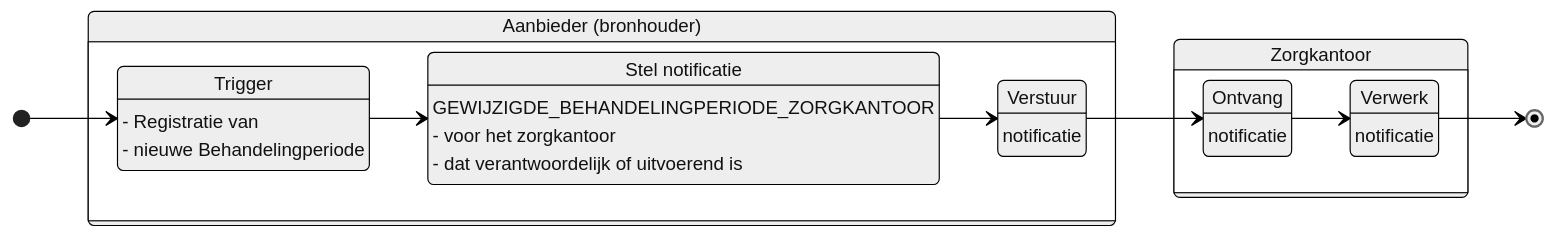
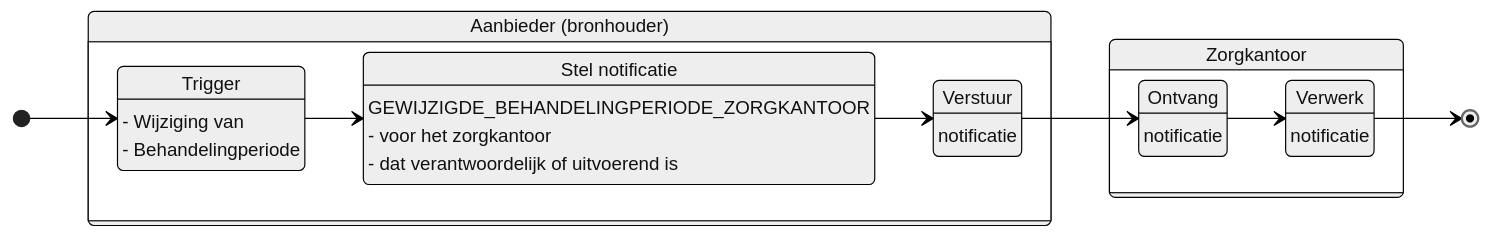
One commit to iStandaarden/iWlz-levering changed the diagram in notificaties/zorgkantoor/gewijzigde_behandelingperiode_zorgkantoor.md. Above: the diagram before and after it, drawn with Mermaid. The commit also changed other lines of this file, not shown here.

First line of the commit message:
Update gewijzigde_behandelingperiode_zorgkantoor.md

````diff
--- a/notificaties/zorgkantoor/gewijzigde_behandelingperiode_zorgkantoor.md
+++ b/notificaties/zorgkantoor/gewijzigde_behandelingperiode_zorgkantoor.md
@@ -3,42 +3,42 @@
 ```mermaid
 ---
 config:
   theme: neutral
   look: classic
 ---
 stateDiagram
   direction LR
   state verzender {
     direction TB
     trigger --> opstellen
     opstellen --> verstuur
     trigger
     opstellen
     verstuur
   }
   state ontvanger {
     direction TB
     ontvang --> verwerk
     ontvang
     verwerk
   }
   [*] --> trigger
   verstuur --> ontvang
   verwerk --> [*]
   verzender: Aanbieder (bronhouder)
   trigger: Trigger
-  trigger: - Registratie van
-  trigger: - nieuwe Behandelingperiode
+  trigger: - Wijziging van
+  trigger: - Behandelingperiode
   opstellen: Stel notificatie
   opstellen: GEWIJZIGDE_BEHANDELINGPERIODE_ZORGKANTOOR
   opstellen: - voor het zorgkantoor
   opstellen: - dat verantwoordelijk of uitvoerend is
   verstuur: Verstuur 
   verstuur: notificatie
   ontvanger: Zorgkantoor
   ontvang: Ontvang 
   ontvang: notificatie
   verwerk: Verwerk 
   verwerk: notificatie
 
 ```
````
